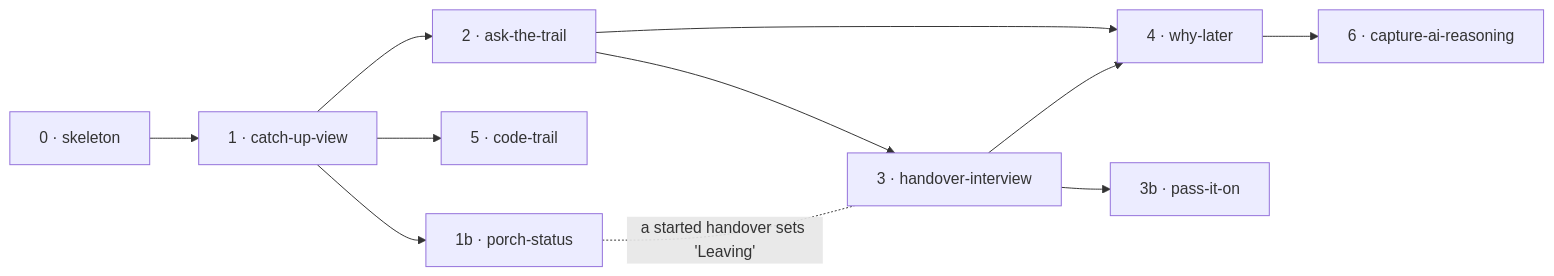
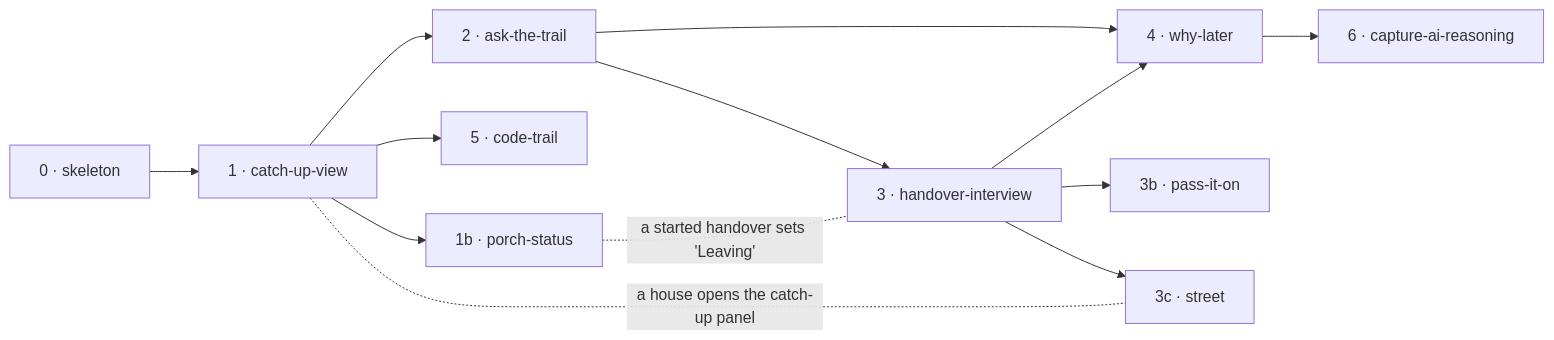
Before and after one commit to dzaffren/porchlight: the second of 4 diagrams in docs/specs/knowledge-handover/shape.md, drawn with Mermaid. The commit also changed other lines of this file and 46 other files, not shown here.

````diff
--- a/docs/specs/knowledge-handover/shape.md
+++ b/docs/specs/knowledge-handover/shape.md
@@ -46,9 +46,11 @@
 ```mermaid
 flowchart LR
   S0["0 · skeleton"] --> S1["1 · catch-up-view"] --> S2["2 · ask-the-trail"] --> S4["4 · why-later"] --> S6["6 · capture-ai-reasoning"]
   S2 --> S3["3 · handover-interview"] --> S4
   S1 --> S5["5 · code-trail"]
   S1 --> SP["1b · porch-status"]
   SP -. "a started handover sets 'Leaving'" .- S3
   S3 --> PI["3b · pass-it-on"]
+  S3 --> ST["3c · street"]
+  S1 -. "a house opens the catch-up panel" .- ST
 ```
````
